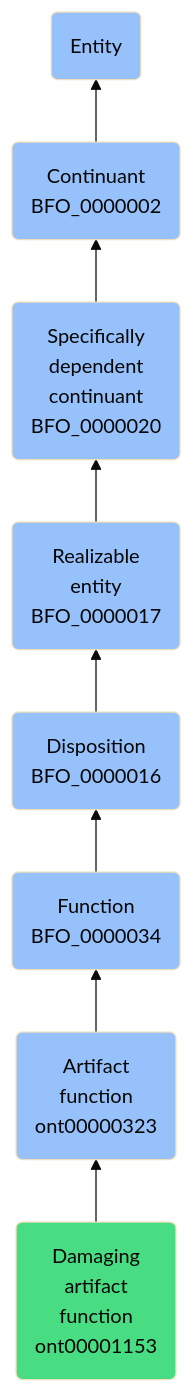
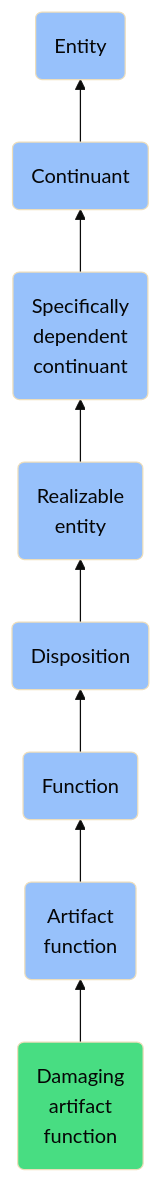
Before and after one commit to jupyter-naas/abi: the diagram in docs/ontology/reference/model/Entity/Continuant/Specifically dependent continuant/Realizable entity/Disposition/Function/Artifact function/Damaging artifact function/Damaging artifact function.md, drawn with Mermaid (base theme). The commit also changed other lines of this file and 1430 other files, not shown here.

````diff
--- a/docs/ontology/reference/model/Entity/Continuant/Specifically dependent continuant/Realizable entity/Disposition/Function/Artifact function/Damaging artifact function/Damaging artifact function.md
+++ b/docs/ontology/reference/model/Entity/Continuant/Specifically dependent continuant/Realizable entity/Disposition/Function/Artifact function/Damaging artifact function/Damaging artifact function.md
@@ -24,15 +24,15 @@
 ```mermaid
 graph BT
-    ont00001153(Damaging<br>artifact<br>function<br>ont00001153):::ABI-->ont00000323
-    ont00000323(Artifact<br>function<br>ont00000323):::BFO-->BFO_0000034
-    BFO_0000034(Function<br>BFO_0000034):::BFO-->BFO_0000016
-    BFO_0000016(Disposition<br>BFO_0000016):::BFO-->BFO_0000017
-    BFO_0000017(Realizable<br>entity<br>BFO_0000017):::BFO-->BFO_0000020
-    BFO_0000020(Specifically<br>dependent<br>continuant<br>BFO_0000020):::BFO-->BFO_0000002
-    BFO_0000002(Continuant<br>BFO_0000002):::BFO-->BFO_0000001
+    ont00001153(Damaging<br>artifact<br>function):::ABI-->ont00000323
+    ont00000323(Artifact<br>function):::BFO-->BFO_0000034
+    BFO_0000034(Function):::BFO-->BFO_0000016
+    BFO_0000016(Disposition):::BFO-->BFO_0000017
+    BFO_0000017(Realizable<br>entity):::BFO-->BFO_0000020
+    BFO_0000020(Specifically<br>dependent<br>continuant):::BFO-->BFO_0000002
+    BFO_0000002(Continuant):::BFO-->BFO_0000001
     BFO_0000001(Entity):::BFO
     
     classDef BFO fill:#97c1fb,color:#060606
     classDef CCO fill:#e4c51e,color:#060606
     classDef ABI fill:#48DD82,color:#060606
 ```
````
